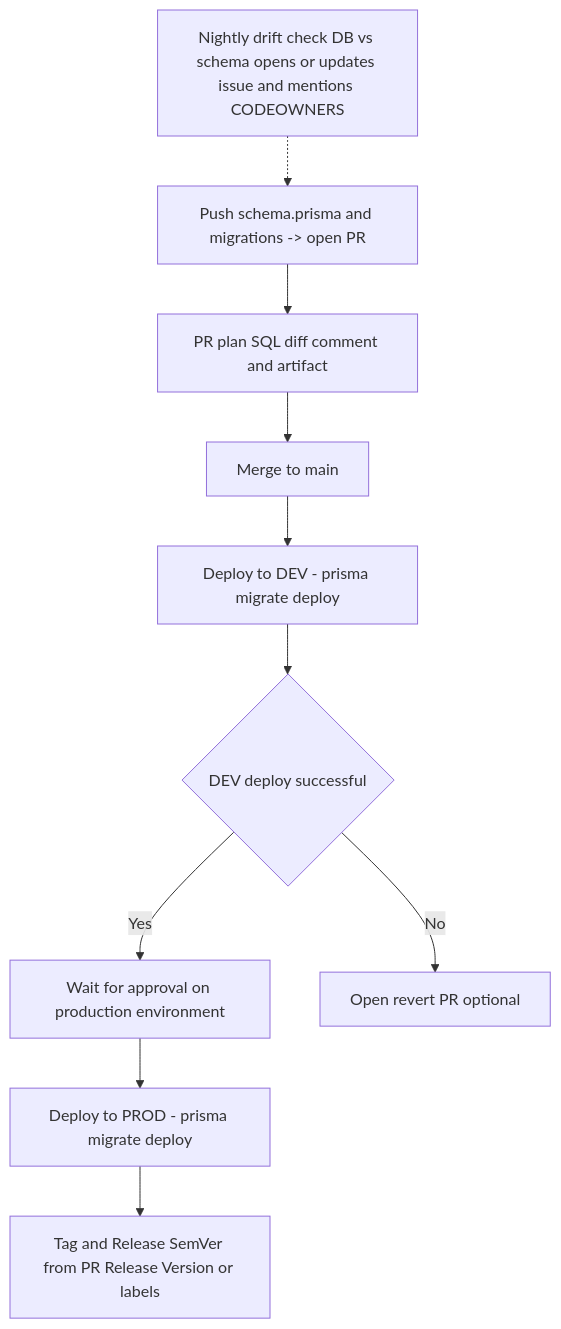
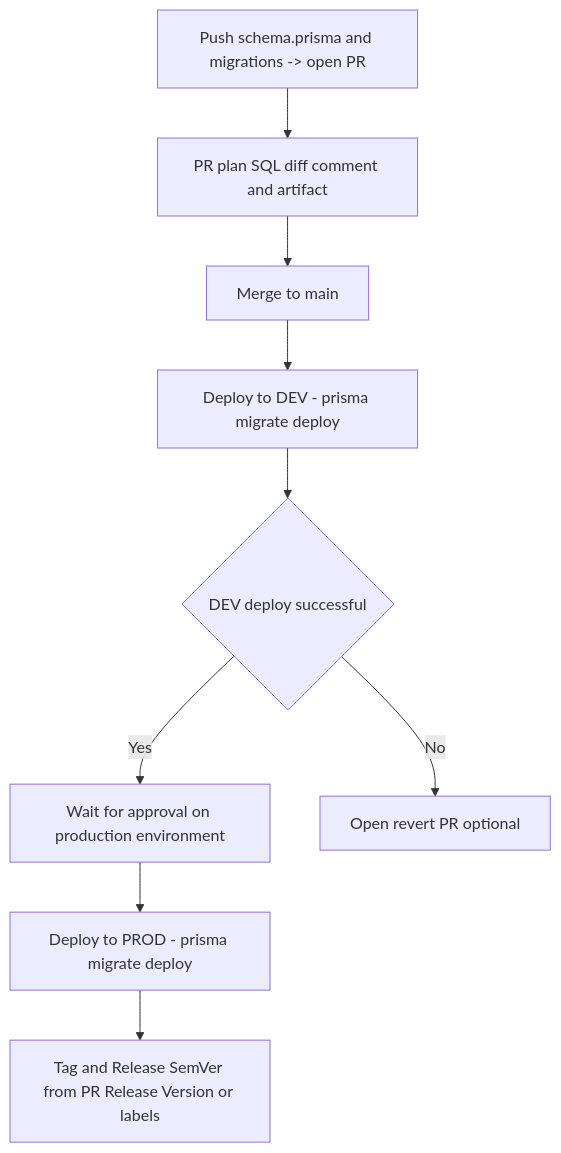
One commit to Valorant-Draft-Circuit/vdc-prisma changed the diagram in README.md. Above: the diagram before and after it, drawn with Mermaid.

Commit message:
Remove J block

````diff
--- a/README.md
+++ b/README.md
@@ -160,18 +160,16 @@
 ```mermaid
 flowchart TD
   A[Push schema.prisma and migrations -> open PR]
   B[PR plan SQL diff comment and artifact]
   C[Merge to main]
   D[Deploy to DEV - prisma migrate deploy]
   E{DEV deploy successful}
 
   A --> B --> C --> D --> E
 
   E -- Yes --> F[Wait for approval on production environment]
   F --> G[Deploy to PROD - prisma migrate deploy]
   G --> H[Tag and Release SemVer from PR Release Version or labels]
 
   E -- No --> I[Open revert PR optional]
-
-  J[Nightly drift check DB vs schema opens or updates issue and mentions CODEOWNERS] -.-> A
 ```
````
